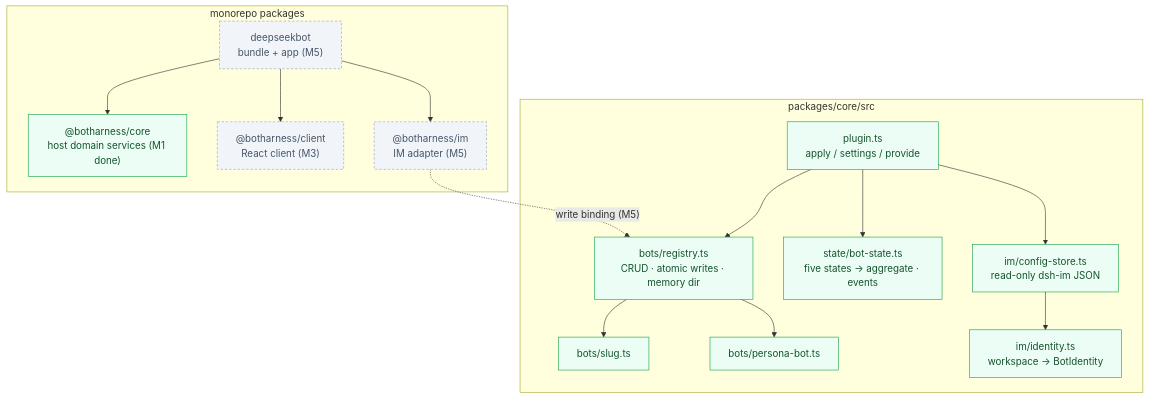
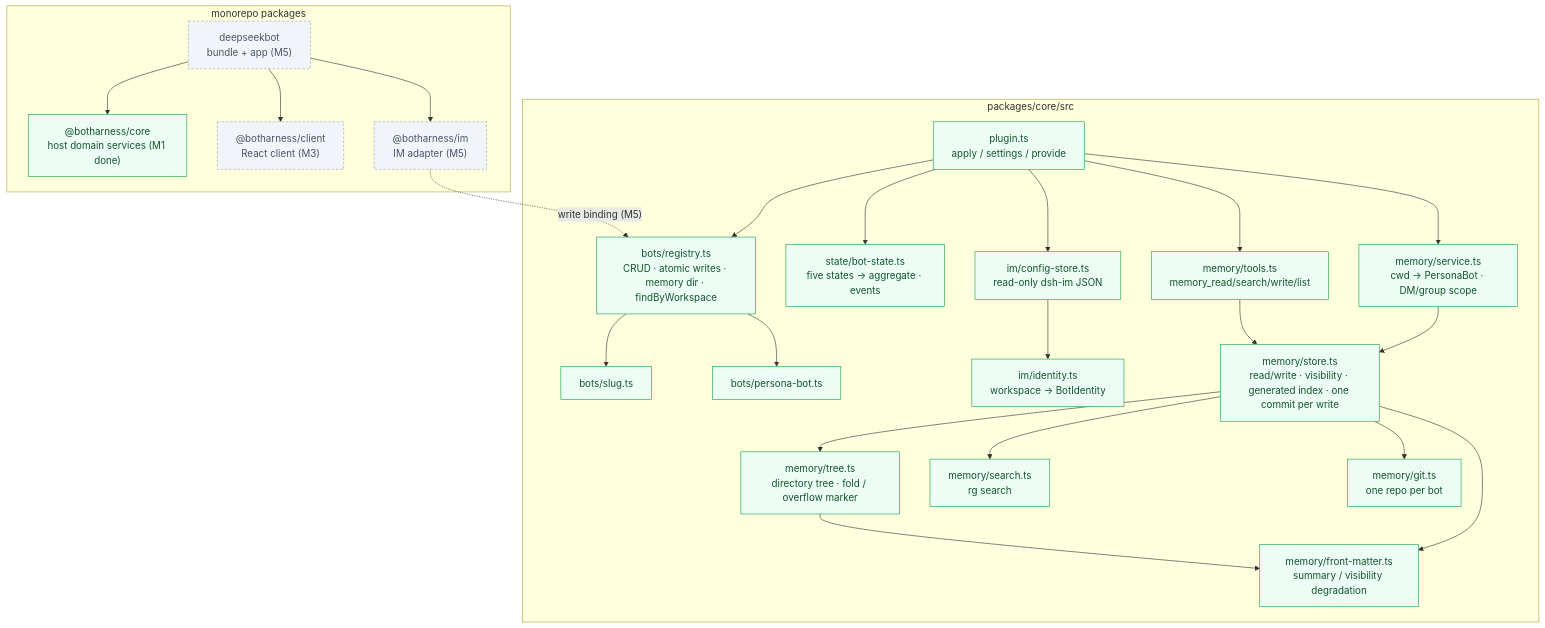
The second of 6 diagrams in docs/architecture/botharness-architecture.en.md (BotHarness/BotHarness), drawn with Mermaid before and after one commit. The commit also changed other lines of this file and 44 other files, not shown here.

First line of the commit message:
feat(core): M2 memory MVP — store, tools, git, prompt injection

````diff
--- a/docs/architecture/botharness-architecture.en.md
+++ b/docs/architecture/botharness-architecture.en.md
@@ -44,36 +44,52 @@
 ```mermaid
 flowchart TB
   subgraph pkgs["monorepo packages"]
     Bundle["deepseekbot<br/>bundle + app (M5)"]
     CorePkg["@botharness/core<br/>host domain services (M1 done)"]
     ClientPkg["@botharness/client<br/>React client (M3)"]
     ImPkg["@botharness/im<br/>IM adapter (M5)"]
   end
 
   Bundle --> CorePkg
   Bundle --> ClientPkg
   Bundle --> ImPkg
 
   subgraph core["packages/core/src"]
     Plugin["plugin.ts<br/>apply / settings / provide"]
-    Registry["bots/registry.ts<br/>CRUD · atomic writes · memory dir"]
+    Registry["bots/registry.ts<br/>CRUD · atomic writes · memory dir · findByWorkspace"]
     Slug["bots/slug.ts"]
     Record["bots/persona-bot.ts"]
     State["state/bot-state.ts<br/>five states → aggregate · events"]
     Store["im/config-store.ts<br/>read-only dsh-im JSON"]
     Identity["im/identity.ts<br/>workspace → BotIdentity"]
+    MemoryService["memory/service.ts<br/>cwd → PersonaBot · DM/group scope"]
+    MemoryTools["memory/tools.ts<br/>memory_read/search/write/list"]
+    MemoryStore["memory/store.ts<br/>read/write · visibility · generated index · one commit per write"]
+    MemoryTree["memory/tree.ts<br/>directory tree · fold / overflow marker"]
+    MemorySearch["memory/search.ts<br/>rg search"]
+    MemoryGit["memory/git.ts<br/>one repo per bot"]
+    FrontMatter["memory/front-matter.ts<br/>summary / visibility degradation"]
   end
 
   Plugin --> Registry
   Plugin --> State
   Plugin --> Store
+  Plugin --> MemoryService
+  Plugin --> MemoryTools
   Registry --> Slug
   Registry --> Record
   Store --> Identity
+  MemoryService --> MemoryStore
+  MemoryTools --> MemoryStore
+  MemoryStore --> MemoryTree
+  MemoryStore --> MemorySearch
+  MemoryStore --> MemoryGit
+  MemoryStore --> FrontMatter
+  MemoryTree --> FrontMatter
   ImPkg -.->|"write binding (M5)"| Registry
 
   classDef ours fill:#ecfdf5,stroke:#16a34a,color:#14532d;
   classDef later fill:#f1f5f9,stroke:#94a3b8,color:#475569,stroke-dasharray:4 3;
-  class CorePkg,Plugin,Registry,Slug,Record,State,Store,Identity ours;
+  class CorePkg,Plugin,Registry,Slug,Record,State,Store,Identity,MemoryService,MemoryTools,MemoryStore,MemoryTree,MemorySearch,MemoryGit,FrontMatter ours;
   class Bundle,ClientPkg,ImPkg later;
 ```
````
